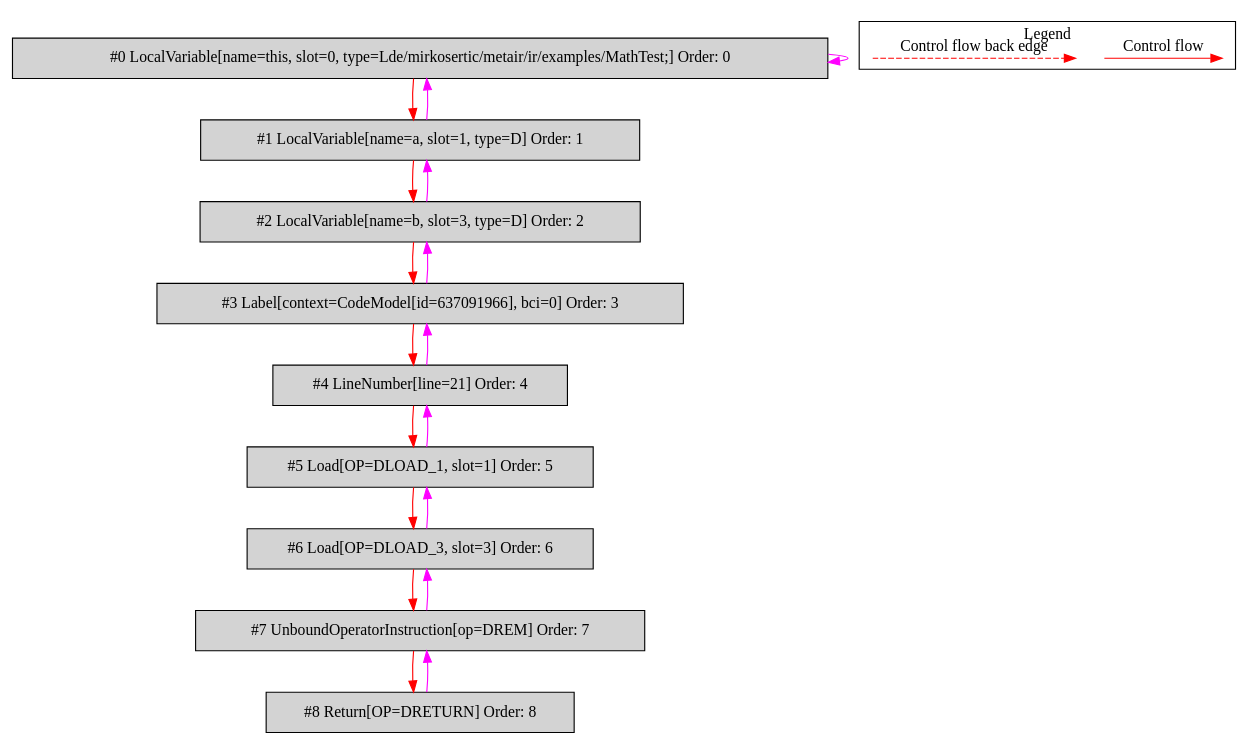
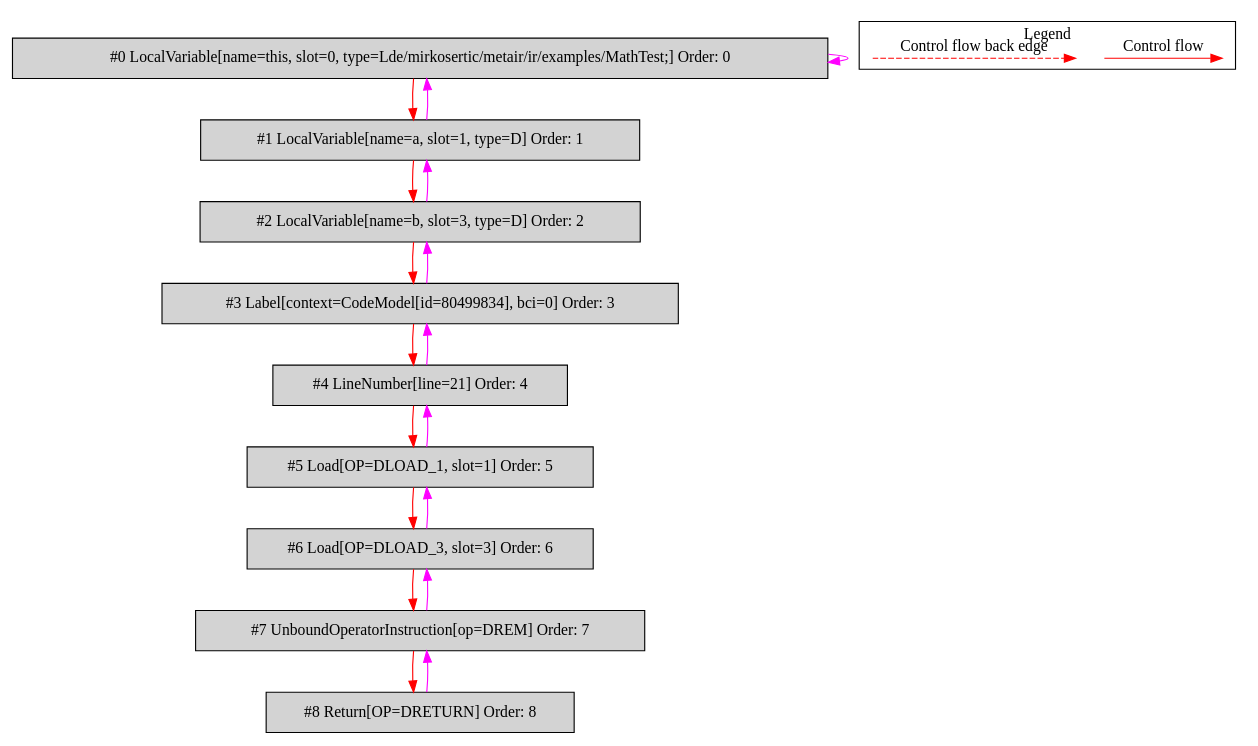
The diagram in de.mirkosertic.metair.ir.examples.MathTest/drem/bytecodecfg.dot (mirkosertic/MetaIR), drawn with Graphviz before and after one commit. The commit also changed 1234 other files, not shown here.

```diff
--- a/de.mirkosertic.metair.ir.examples.MathTest/drem/bytecodecfg.dot
+++ b/de.mirkosertic.metair.ir.examples.MathTest/drem/bytecodecfg.dot
@@ -1,43 +1,43 @@
 digraph {
  ordering="in";
  node0[label="#0 LocalVariable[name=this, slot=0, type=Lde/mirkosertic/metair/ir/examples/MathTest;] Order: 0", shape=box, fillcolor=lightgrey, style=filled];
  node1[label="#1 LocalVariable[name=a, slot=1, type=D] Order: 1", shape=box, fillcolor=lightgrey, style=filled];
  node2[label="#2 LocalVariable[name=b, slot=3, type=D] Order: 2", shape=box, fillcolor=lightgrey, style=filled];
- node3[label="#3 Label[context=CodeModel[id=637091966], bci=0] Order: 3", shape=box, fillcolor=lightgrey, style=filled];
+ node3[label="#3 Label[context=CodeModel[id=80499834], bci=0] Order: 3", shape=box, fillcolor=lightgrey, style=filled];
  node4[label="#4 LineNumber[line=21] Order: 4", shape=box, fillcolor=lightgrey, style=filled];
  node5[label="#5 Load[OP=DLOAD_1, slot=1] Order: 5", shape=box, fillcolor=lightgrey, style=filled];
  node6[label="#6 Load[OP=DLOAD_3, slot=3] Order: 6", shape=box, fillcolor=lightgrey, style=filled];
  node7[label="#7 UnboundOperatorInstruction[op=DREM] Order: 7", shape=box, fillcolor=lightgrey, style=filled];
  node8[label="#8 Return[OP=DRETURN] Order: 8", shape=box, fillcolor=lightgrey, style=filled];
  node0 -> node0[color=fuchsia];
  node0 -> node1[color=red];
  node1 -> node0[color=fuchsia];
  node1 -> node2[color=red];
  node2 -> node1[color=fuchsia];
  node2 -> node3[color=red];
  node3 -> node2[color=fuchsia];
  node3 -> node4[color=red];
  node4 -> node3[color=fuchsia];
  node4 -> node5[color=red];
  node5 -> node4[color=fuchsia];
  node5 -> node6[color=red];
  node6 -> node5[color=fuchsia];
  node6 -> node7[color=red];
  node7 -> node6[color=fuchsia];
  node7 -> node8[color=red];
  node8 -> node7[color=fuchsia];
  subgraph cluster_000 {
   label = "Legend";
   node [shape=point]
   {
    rank=same;
    c0 [style = invis];
    c1 [style = invis];
    c2 [style = invis];
    c3 [style = invis];
   }
   c0 -> c1 [label="Control flow", style=solid, color=red]
   c2 -> c3 [label="Control flow back edge", style=dashed, color=red]
  }
 
 }
```
